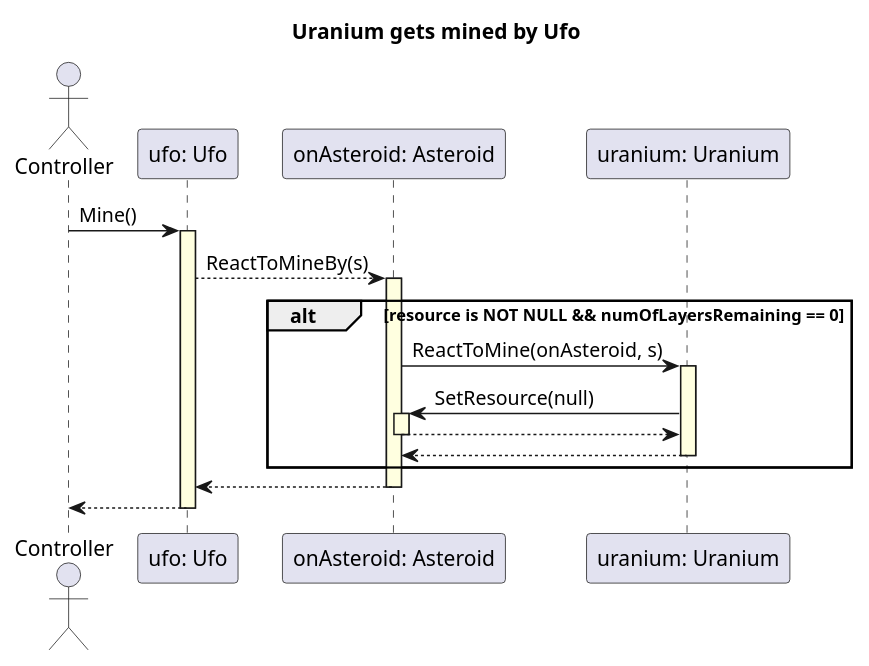
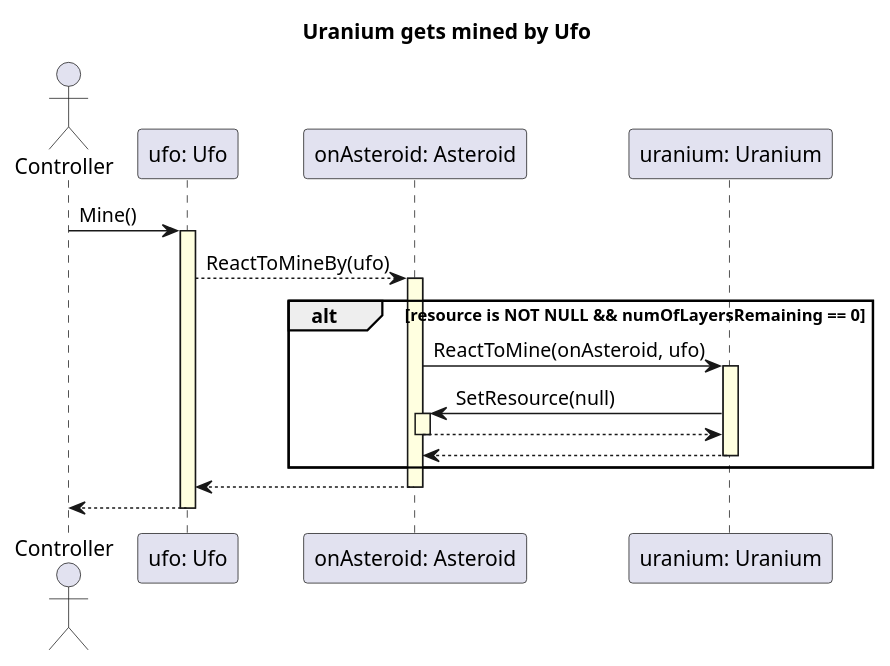
One commit to triszt4n/projlab_holy_oil changed the diagram in uml/original_seq_diagrams/ufo_mines.plantuml. Above: the diagram before and after it, drawn with PlantUML. The commit also changed 2 other files, not shown here.

```diff
--- a/uml/original_seq_diagrams/ufo_mines.plantuml
+++ b/uml/original_seq_diagrams/ufo_mines.plantuml
@@ -1,33 +1,33 @@
 @startuml
 
 skinparam SequenceLifeLineBackgroundColor LightYellow
 
 title Uranium gets mined by Ufo
 
 actor Controller as PLAYER
 
 participant "ufo: Ufo" as s
 participant "onAsteroid: Asteroid" as a
 participant "uranium: Uranium" as u
 
 
 PLAYER -> s ++: Mine()
 
-    s-->a ++: ReactToMineBy(s)
+    s-->a ++: ReactToMineBy(ufo)
 
         alt resource is NOT NULL && numOfLayersRemaining == 0
 
-            a -> u ++: ReactToMine(onAsteroid, s)
+            a -> u ++: ReactToMine(onAsteroid, ufo)
 
                 u -> a ++: SetResource(null)
                 a --> u --
 
             u --> a--
 
         end
 
     a --> s --
 
 s --> PLAYER --
 
 @enduml
```
